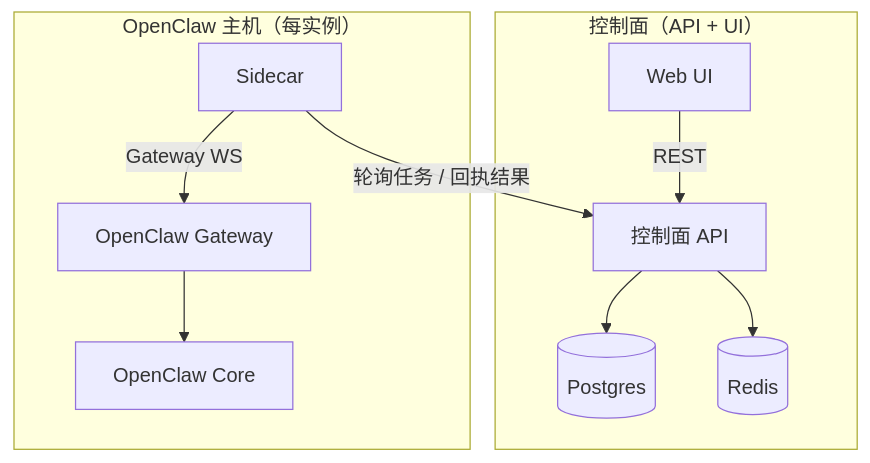
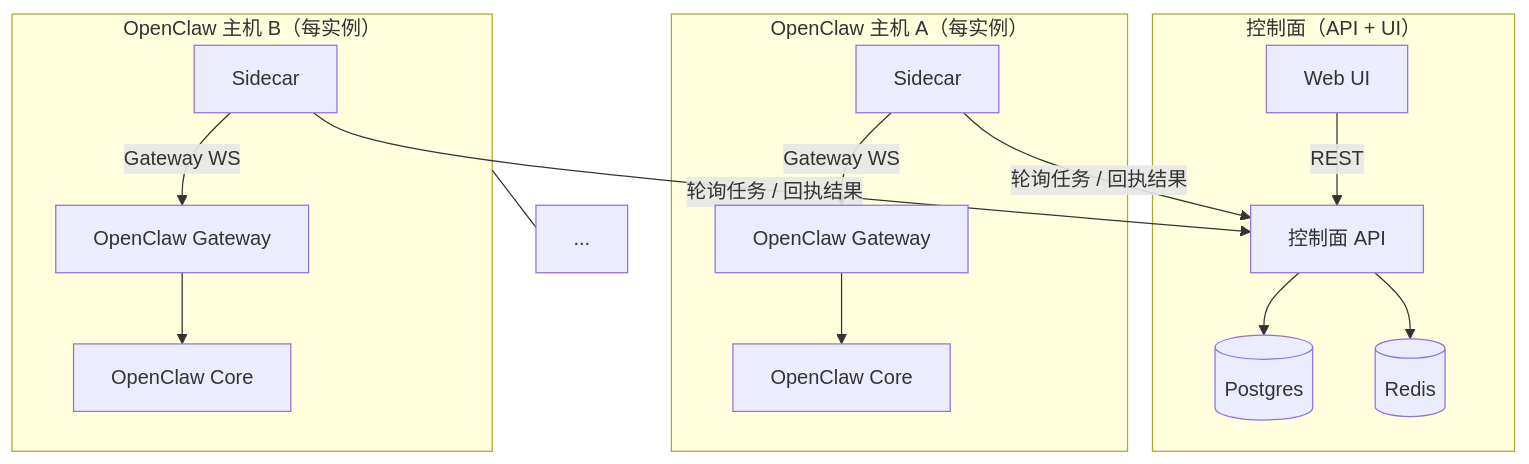
Before and after one commit to RepeatName-star/openclaw-fleet: the diagram in README.zh-CN.md, drawn with Mermaid. The commit also changed other lines of this file and 1 other file, not shown here.

Commit message:
docs: highlight NAT-friendly fleet topology

````diff
--- a/README.zh-CN.md
+++ b/README.zh-CN.md
@@ -7,17 +7,26 @@
 ```mermaid
 flowchart TB
   subgraph ControlPlane["控制面（API + UI）"]
     UI[Web UI] -->|REST| API[控制面 API]
     API --> PG[(Postgres)]
     API --> R[(Redis)]
   end
 
-  subgraph OpenClawHost["OpenClaw 主机（每实例）"]
-    SC[Sidecar]
-    GW[OpenClaw Gateway]
-    OC[OpenClaw Core]
-    SC -->|Gateway WS| GW --> OC
+  subgraph HostA["OpenClaw 主机 A（每实例）"]
+    SCA[Sidecar]
+    GWA[OpenClaw Gateway]
+    OCA[OpenClaw Core]
+    SCA -->|Gateway WS| GWA --> OCA
   end
 
-  SC -->|轮询任务 / 回执结果| API
+  subgraph HostB["OpenClaw 主机 B（每实例）"]
+    SCB[Sidecar]
+    GWB[OpenClaw Gateway]
+    OCB[OpenClaw Core]
+    SCB -->|Gateway WS| GWB --> OCB
+  end
+
+  SCA -->|轮询任务 / 回执结果| API
+  SCB -->|轮询任务 / 回执结果| API
+  HostB --- Dots["..."]
 ```
````
